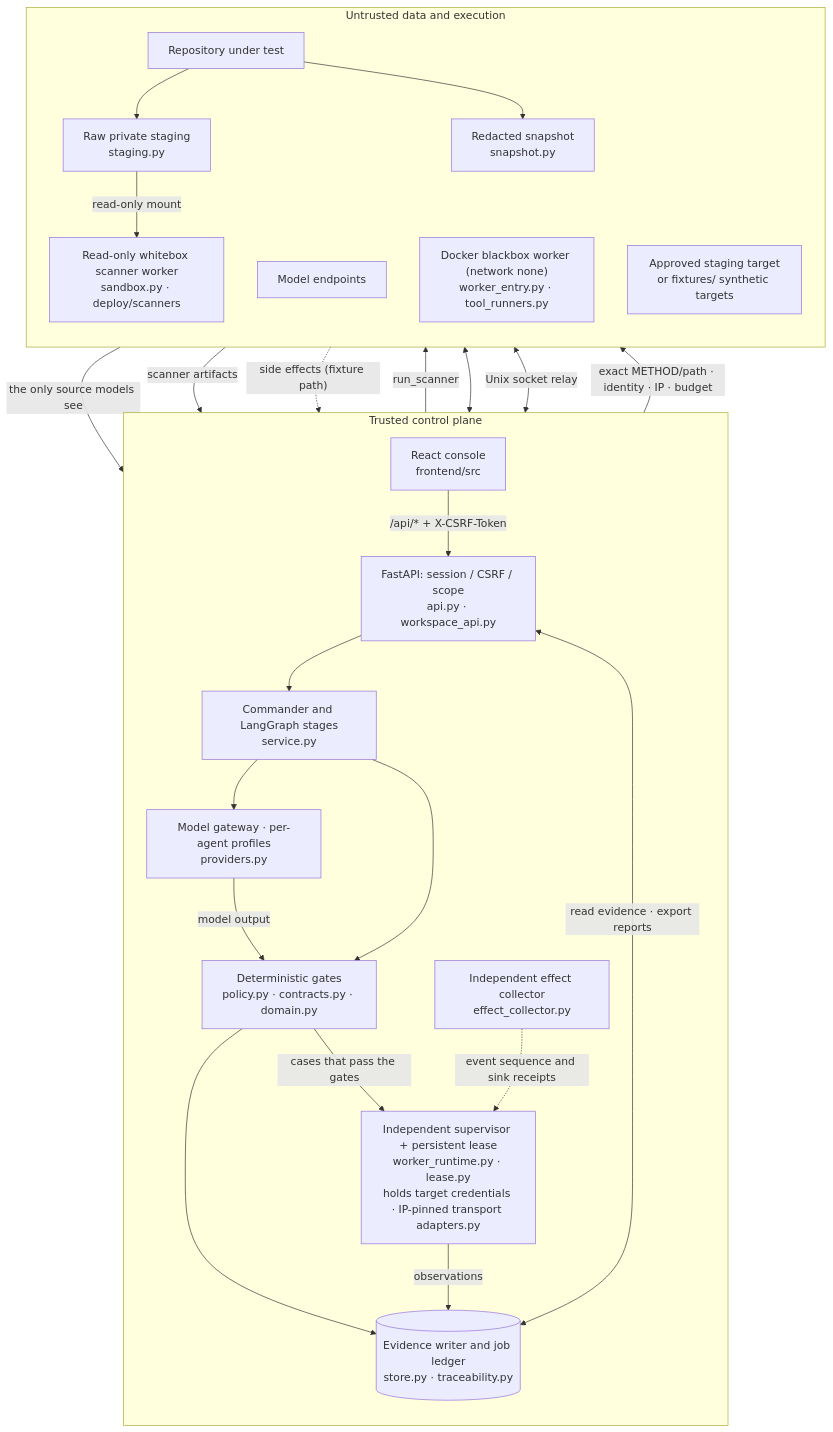
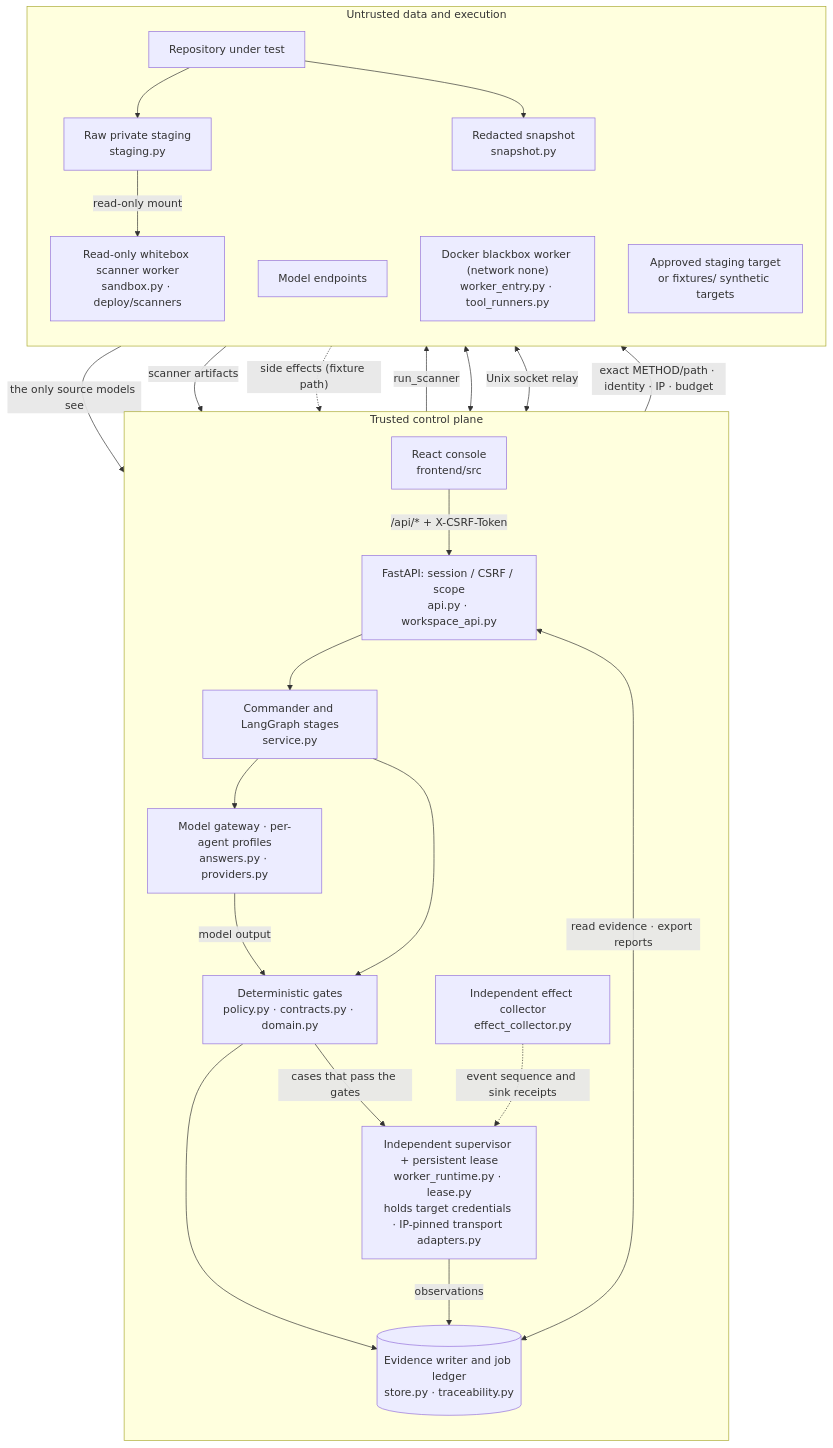
The second of 2 diagrams in docs/ARCHITECTURE.md (chinchiang/MultiAgentBeta), drawn with Mermaid before and after one commit. The commit also changed other lines of this file and 5 other files, not shown here.

First line of the commit message:
模型回答 5/5：文件與用語跟上 ModelAnswers（IMPLEMENTATION、ARCHITECTURE、GLOSSARY）

````diff
--- a/docs/ARCHITECTURE.md
+++ b/docs/ARCHITECTURE.md
@@ -109,44 +111,44 @@
 ```mermaid
 flowchart TB
   subgraph CP["Trusted control plane"]
     direction TB
     UI["React console<br/>frontend/src"]
     API["FastAPI: session / CSRF / scope<br/>api.py · workspace_api.py"]
     C["Commander and LangGraph stages<br/>service.py"]
-    MG["Model gateway · per-agent profiles<br/>providers.py"]
+    MG["Model gateway · per-agent profiles<br/>answers.py · providers.py"]
     G["Deterministic gates<br/>policy.py · contracts.py · domain.py"]
     SUP["Independent supervisor + persistent lease<br/>worker_runtime.py · lease.py<br/>holds target credentials · IP-pinned transport adapters.py"]
     EC["Independent effect collector<br/>effect_collector.py"]
     DB[("Evidence writer and job ledger<br/>store.py · traceability.py")]
   end
   subgraph UT["Untrusted data and execution"]
     direction TB
     REPO["Repository under test"]
     ST["Raw private staging<br/>staging.py"]
     SN["Redacted snapshot<br/>snapshot.py"]
     LLM["Model endpoints"]
     SC["Read-only whitebox scanner worker<br/>sandbox.py · deploy/scanners"]
     BW["Docker blackbox worker (network none)<br/>worker_entry.py · tool_runners.py"]
     T["Approved staging target<br/>or fixtures/ synthetic targets"]
   end
   UI -->|"/api/* + X-CSRF-Token"| API
   API --> C
   REPO --> ST
   REPO --> SN
   C -->|"run_scanner"| SC
   ST -->|"read-only mount"| SC
   C --> MG
   SN -->|"the only source models see"| MG
   MG <--> LLM
   MG -->|"model output"| G
   SC -->|"scanner artifacts"| G
   C --> G
   G -->|"cases that pass the gates"| SUP
   SUP <-->|"Unix socket relay"| BW
   SUP -->|"exact METHOD/path · identity · IP · budget"| T
   T -.->|"side effects (fixture path)"| EC
   EC -.->|"event sequence and sink receipts"| SUP
   G --> DB
   SUP -->|"observations"| DB
   API <-->|"read evidence · export reports"| DB
 ```
````
